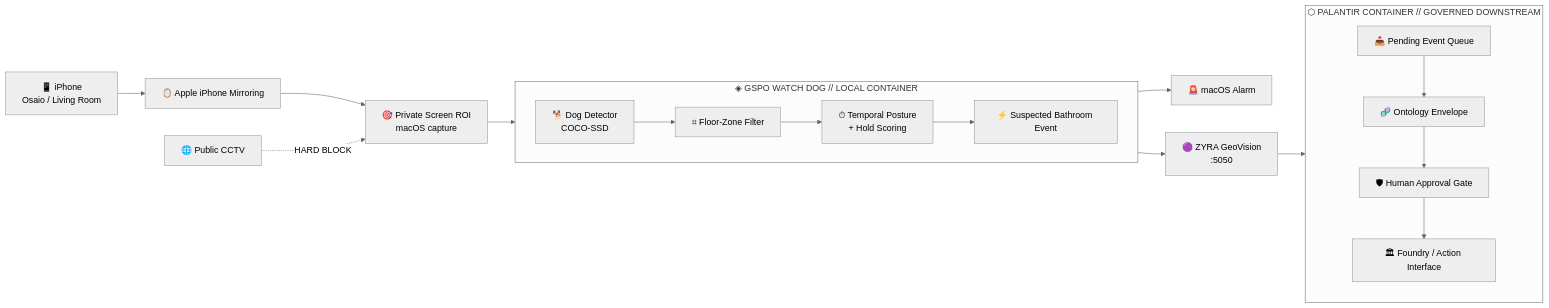
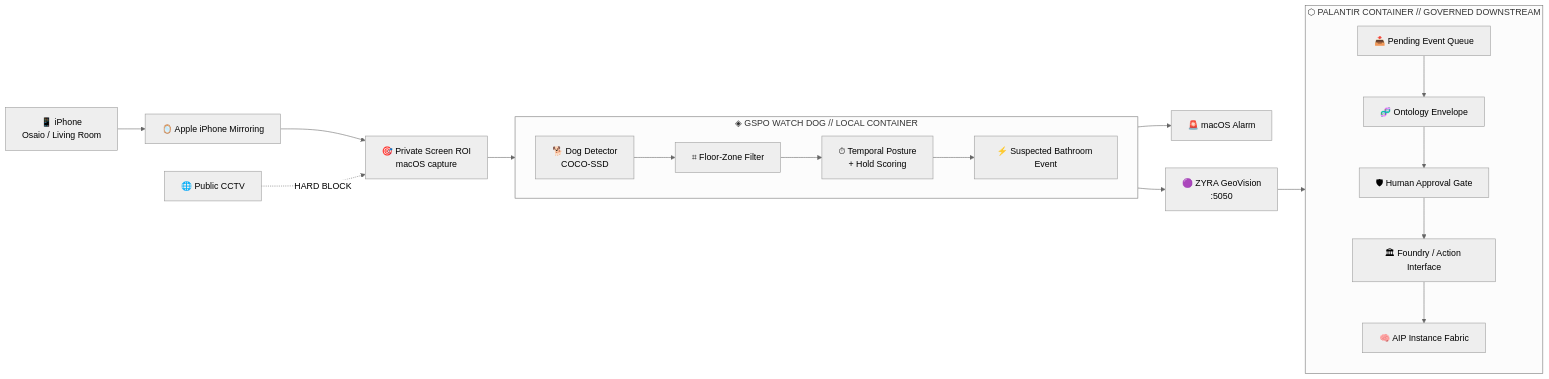
One commit to sonoxo/gpt-doug-llm changed the first of 7 diagrams in watch-dog/README.md. Above: the diagram before and after it, drawn with Mermaid (neutral theme). The commit also changed other lines of this file, not shown here.

Commit message:
Embed all declared Foundry AIP reference instances in Watch Dog README

````diff
--- a/watch-dog/README.md
+++ b/watch-dog/README.md
@@ -31,29 +32,30 @@
 ```mermaid
 flowchart LR
     PHONE["📱 iPhone\nOsaio / Living Room"] --> MIRROR["🪞 Apple iPhone Mirroring"]
     MIRROR --> CAPTURE["🎯 Private Screen ROI\nmacOS capture"]
 
     subgraph WATCHDOG["◈ GSPO WATCH DOG // LOCAL CONTAINER"]
         direction LR
         DETECT["🐕 Dog Detector\nCOCO-SSD"] --> FLOOR["⌗ Floor-Zone Filter"]
         FLOOR --> TEMP["⏱ Temporal Posture\n+ Hold Scoring"]
         TEMP --> EVENT["⚡ Suspected Bathroom Event"]
     end
 
     CAPTURE --> DETECT
     EVENT --> ALARM["🚨 macOS Alarm"]
     EVENT --> ZYRA["🟣 ZYRA GeoVision\n:5050"]
 
     subgraph PALANTIR["⬡ PALANTIR CONTAINER // GOVERNED DOWNSTREAM"]
         direction TB
         QUEUE["📥 Pending Event Queue"]
         ONTOLOGY["🧬 Ontology Envelope"]
         APPROVAL["🛡 Human Approval Gate"]
         FOUNDRY["🏛 Foundry / Action Interface"]
-        QUEUE --> ONTOLOGY --> APPROVAL --> FOUNDRY
+        AIP["🧠 AIP Instance Fabric"]
+        QUEUE --> ONTOLOGY --> APPROVAL --> FOUNDRY --> AIP
     end
 
     ZYRA --> QUEUE
 
     PUBLIC["🌐 Public CCTV"] -. HARD BLOCK .-> CAPTURE
 ```
````
